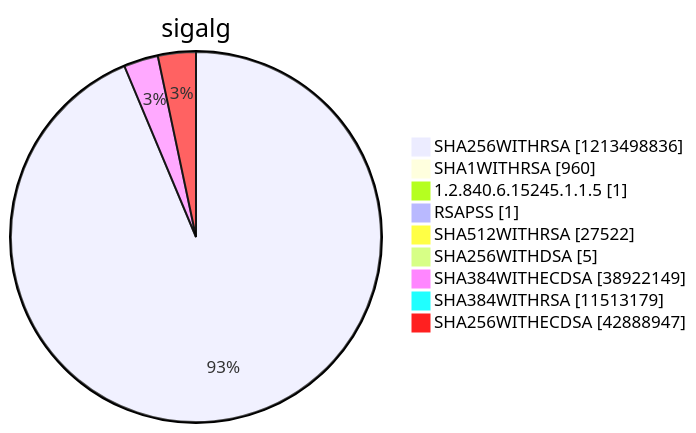
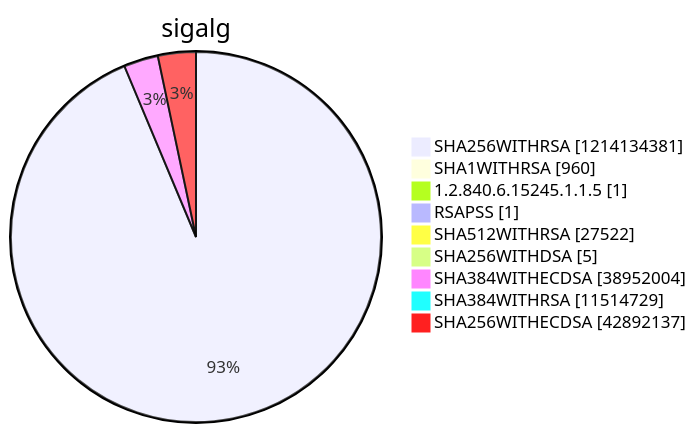
Before and after one commit to christiankrug/ctmonitor_visualization: diagram 15 of 15 in argon2022/README.md, drawn with Mermaid. The commit also changed other lines of this file, not shown here.

````diff
--- a/argon2022/README.md
+++ b/argon2022/README.md
@@ -5520,13 +5521,13 @@
 ```mermaid
 pie showData
 title sigalg
-"SHA256WITHRSA" :1213498836
+"SHA256WITHRSA" :1214134381
 "SHA1WITHRSA" :960
 "1.2.840.6.15245.1.1.5" :1
 "RSAPSS" :1
 "SHA512WITHRSA" :27522
 "SHA256WITHDSA" :5
-"SHA384WITHECDSA" :38922149
-"SHA384WITHRSA" :11513179
-"SHA256WITHECDSA" :42888947
+"SHA384WITHECDSA" :38952004
+"SHA384WITHRSA" :11514729
+"SHA256WITHECDSA" :42892137
 ```
````
